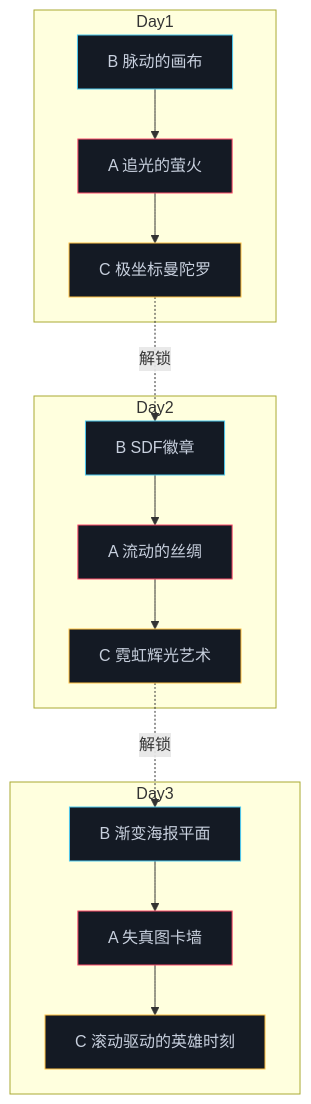
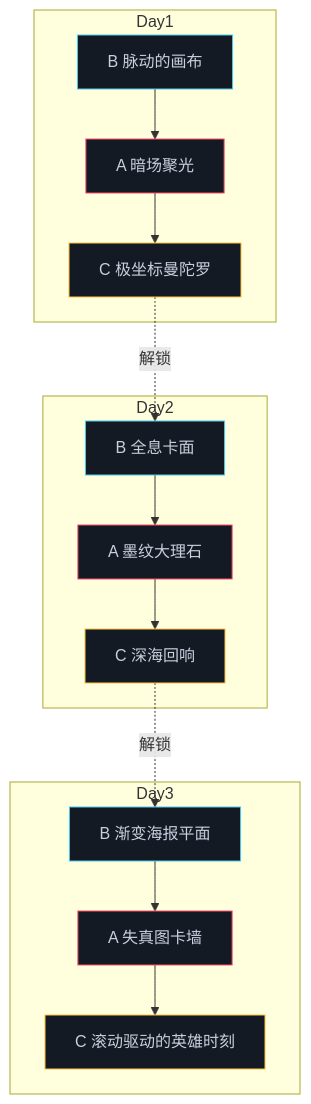
The second of 2 diagrams in learning/前端/GLSL_Shader/00-课程计划与学习地图.md (onlyLucky/LLM_Wiki), drawn with Mermaid before and after one commit. The commit also changed 141 other files, not shown here.

````diff
--- a/learning/前端/GLSL_Shader/00-课程计划与学习地图.md
+++ b/learning/前端/GLSL_Shader/00-课程计划与学习地图.md
@@ -94,24 +94,24 @@
 ```mermaid
 flowchart TD
     subgraph Day1
-        A1[B 脉动的画布] --> A2[A 追光的萤火] --> A3[C 极坐标曼陀罗]
+        A1[B 脉动的画布] --> A2[A 暗场聚光] --> A3[C 极坐标曼陀罗]
     end
     subgraph Day2
-        B1[B SDF徽章] --> B2[A 流动的丝绸] --> B3[C 霓虹辉光艺术]
+        B1[B 全息卡面] --> B2[A 墨纹大理石] --> B3[C 深海回响]
     end
     subgraph Day3
         C1[B 渐变海报平面] --> C2[A 失真图卡墙] --> C3[C 滚动驱动的英雄时刻]
     end
     A3 -.解锁.-> B1
     B3 -.解锁.-> C1
 
     style A1 fill:#141a24,stroke:#4cc9f0,color:#c8d0de
     style A2 fill:#141a24,stroke:#ff4d6d,color:#c8d0de
     style A3 fill:#141a24,stroke:#ffc145,color:#c8d0de
     style B1 fill:#141a24,stroke:#4cc9f0,color:#c8d0de
     style B2 fill:#141a24,stroke:#ff4d6d,color:#c8d0de
     style B3 fill:#141a24,stroke:#ffc145,color:#c8d0de
     style C1 fill:#141a24,stroke:#4cc9f0,color:#c8d0de
     style C2 fill:#141a24,stroke:#ff4d6d,color:#c8d0de
     style C3 fill:#141a24,stroke:#ffc145,color:#c8d0de
 ```
````
